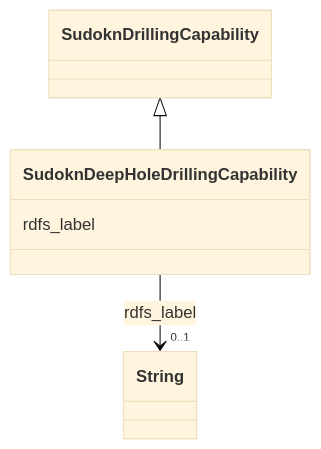
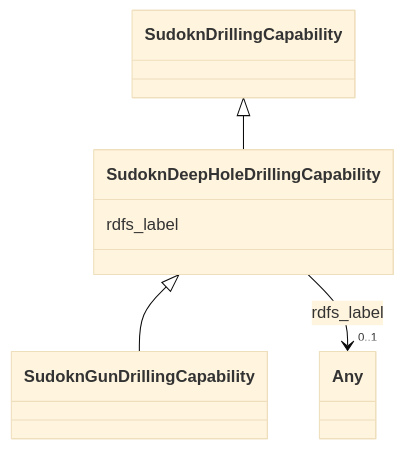
The diagram in sudokn-kg/classes/SudoknDeepHoleDrillingCapability.md (frink-okn/graph-descriptions), drawn with Mermaid (base theme) before and after one commit. The commit also changed other lines of this file and 903 other files, not shown here.

````diff
--- a/sudokn-kg/classes/SudoknDeepHoleDrillingCapability.md
+++ b/sudokn-kg/classes/SudoknDeepHoleDrillingCapability.md
@@ -23,18 +18,23 @@
 ```mermaid
  classDiagram
     class SudoknDeepHoleDrillingCapability
     click SudoknDeepHoleDrillingCapability href "../SudoknDeepHoleDrillingCapability"
       SudoknDrillingCapability <|-- SudoknDeepHoleDrillingCapability
         click SudoknDrillingCapability href "../SudoknDrillingCapability"
       
+
+      SudoknDeepHoleDrillingCapability <|-- SudoknGunDrillingCapability
+        click SudoknGunDrillingCapability href "../SudoknGunDrillingCapability"
+      
+      
       SudoknDeepHoleDrillingCapability : rdfs_label
         
           
     
     
-    SudoknDeepHoleDrillingCapability --> "0..1" String : rdfs_label
-    click String href "../String"
+    SudoknDeepHoleDrillingCapability --> "0..1" Any : rdfs_label
+    click Any href "../Any"
 
         
       
 ```
````
